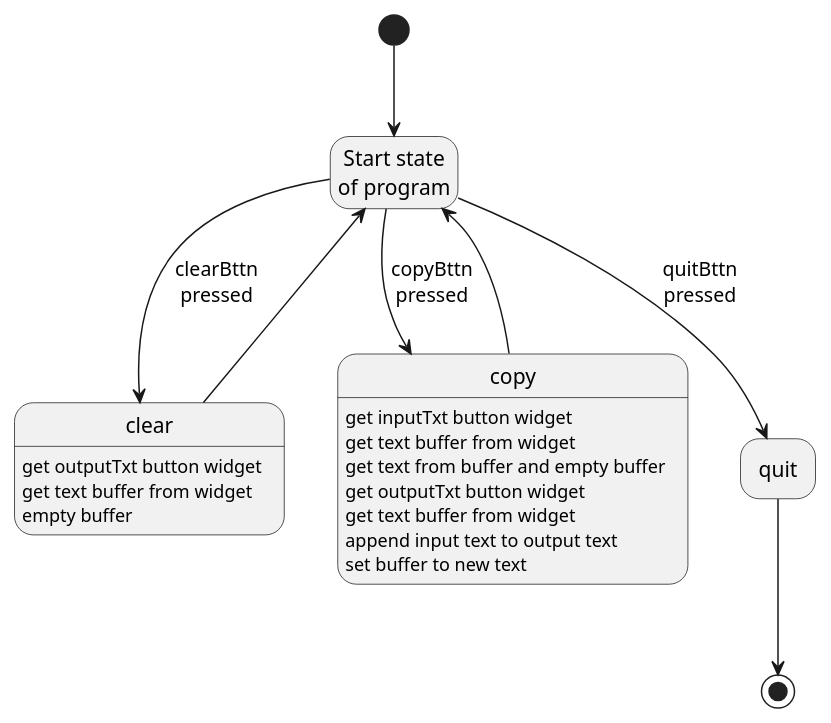
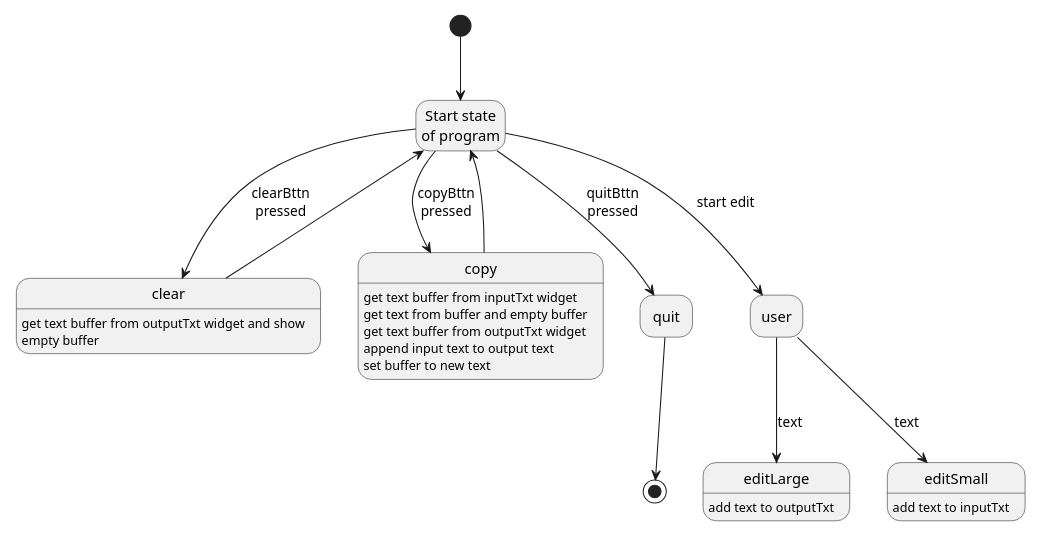
The second of 2 diagrams in doc/Design.md (MARTIMM/gtk-glade), drawn with PlantUML before and after one commit. The commit also changed other lines of this file and 1 other file, not shown here.

````diff
--- a/doc/Design.md
+++ b/doc/Design.md
@@ -56,26 +56,32 @@
 ```plantuml
+scale 0.7
 hide empty description
 
 state "Start state\nof program" as start
 
 [*] --> start
 start --> clear: clearBttn\npressed
-clear: get outputTxt button widget
-clear: get text buffer from widget
+clear: get text buffer from outputTxt widget and show
 clear: empty buffer
 clear --> start
 
 start --> copy: copyBttn\npressed
-copy: get inputTxt button widget
-copy: get text buffer from widget
+copy: get text buffer from inputTxt widget
 copy: get text from buffer and empty buffer
-copy: get outputTxt button widget
-copy: get text buffer from widget
+copy: get text buffer from outputTxt widget
 copy: append input text to output text
 copy: set buffer to new text
 copy --> start
 
 start --> quit: quitBttn\npressed
 
+user --> editLarge: text
+editLarge: add text to outputTxt
+
+user --> editSmall: text
+editSmall: add text to inputTxt
+
+start --> user: start edit
+
 quit --> [*]
 ```
````
